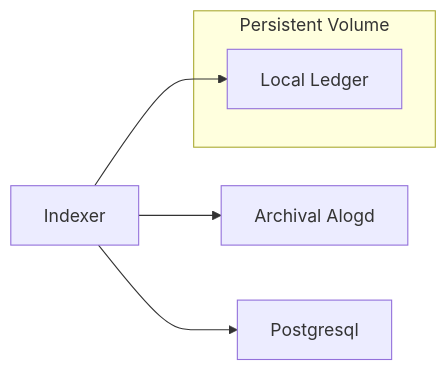
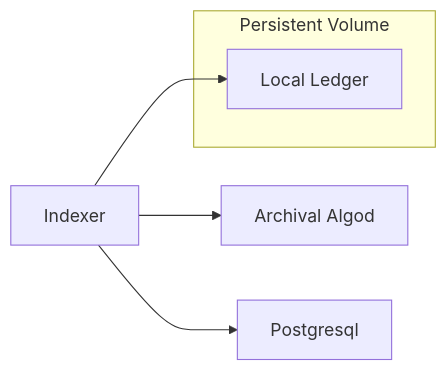
The fifth of 5 diagrams in docs/tutorials/IndexerMigration.md (algorand/conduit), drawn with Mermaid before and after one commit. The commit also changed other lines of this file, not shown here.

````diff
--- a/docs/tutorials/IndexerMigration.md
+++ b/docs/tutorials/IndexerMigration.md
@@ -188,13 +191,13 @@
 ```mermaid
 graph LR;
-    algod["Archival Alogd"]
+    algod["Archival Algod"]
     indexer["Indexer"]
     psql["Postgresql"]
     subgraph "Persistent Volume"
         ll["Local Ledger"];
     end
     
     indexer-->algod;
     indexer-->psql;
     indexer-->ll;
 ```
````
